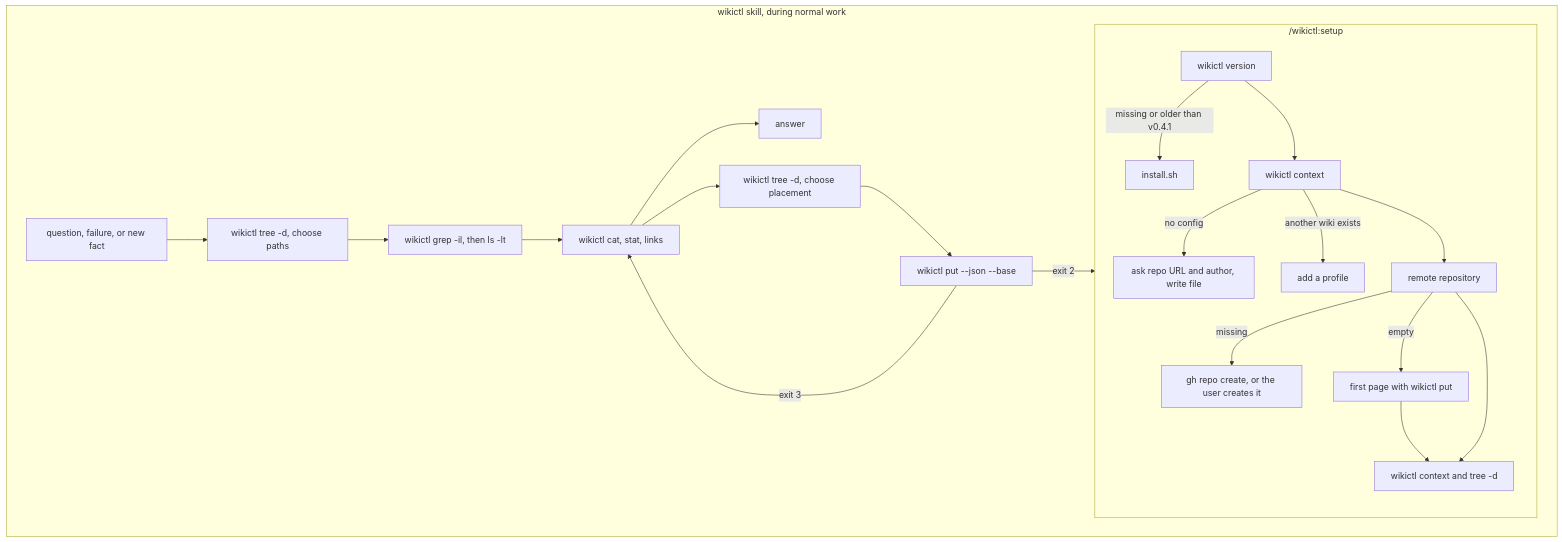
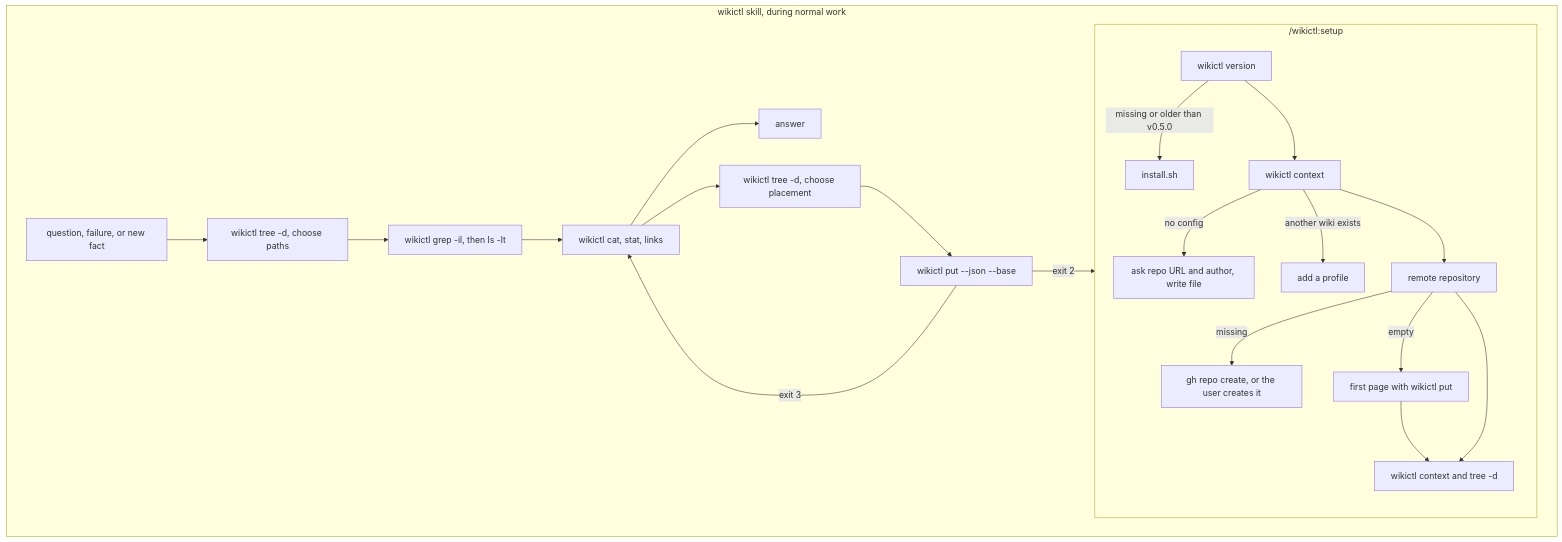
The diagram in README.md (roamer7038/wikictl-claude-plugin), drawn with Mermaid before and after one commit. The commit also changed other lines of this file and 4 other files, not shown here.

````diff
--- a/README.md
+++ b/README.md
@@ -31,21 +31,21 @@
 ```mermaid
 flowchart TD
     subgraph setup["/wikictl:setup"]
-        S1[wikictl version] -->|missing or older than v0.4.1| S1a[install.sh]
+        S1[wikictl version] -->|missing or older than v0.5.0| S1a[install.sh]
         S1 --> S2[wikictl context] -->|no config| S2a[ask repo URL and author, write file]
         S2 -->|another wiki exists| S2b[add a profile]
         S2 --> S3[remote repository] -->|missing| S3a[gh repo create, or the user creates it]
         S3 -->|empty| S4[first page with wikictl put] --> S5[wikictl context and tree -d]
         S3 --> S5
     end
     subgraph use["wikictl skill, during normal work"]
         U1[question, failure, or new fact] --> U2[wikictl tree -d, choose paths]
         U2 --> U3[wikictl grep -il, then ls -lt]
         U3 --> U4[wikictl cat, stat, links]
         U4 --> U5[answer]
         U4 --> U6[wikictl tree -d, choose placement]
         U6 --> U7[wikictl put --json --base]
         U7 -->|exit 3| U4
         U7 -->|exit 2| setup
     end
 ```
````
